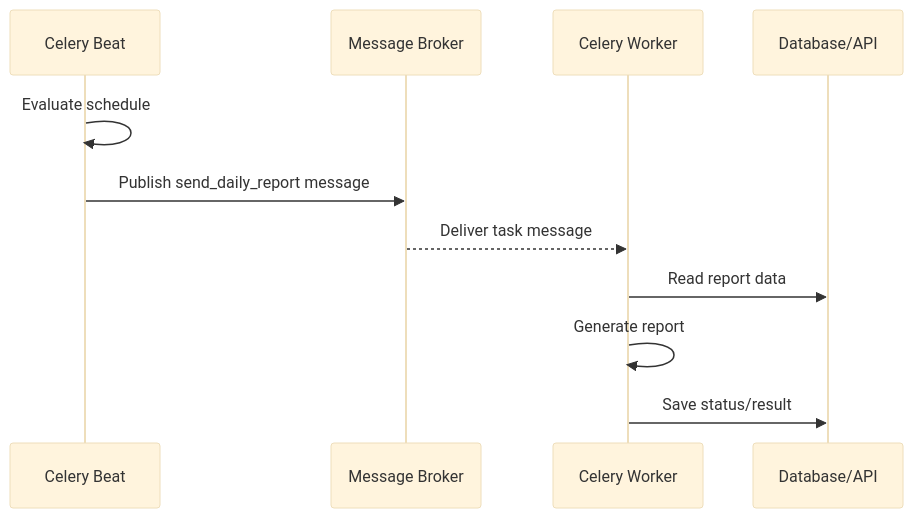
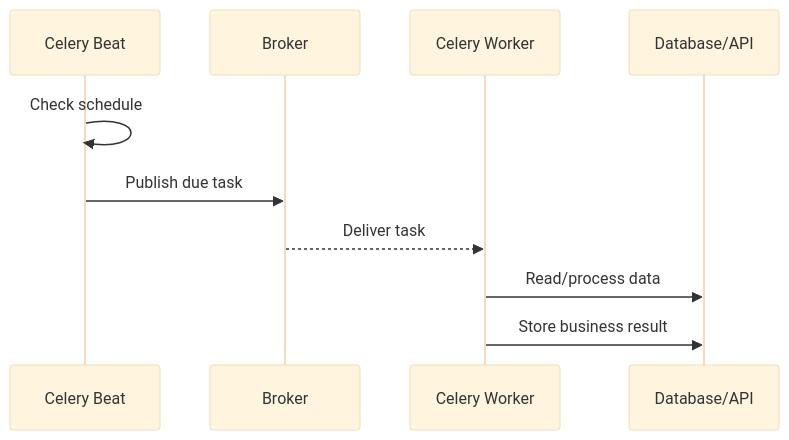
The second of 4 diagrams in src/content/task-processing/celery-beat-periodic-tasks.md (AvadhBhalodiya/Interview-Preparation), drawn with Mermaid (base theme) before and after one commit. The commit also changed other lines of this file and 80 other files, not shown here.

````diff
--- a/src/content/task-processing/celery-beat-periodic-tasks.md
+++ b/src/content/task-processing/celery-beat-periodic-tasks.md
@@ -145,14 +75,13 @@
 ```mermaid
 sequenceDiagram
     participant Beat as Celery Beat
-    participant Broker as Message Broker
+    participant Broker as Broker
     participant Worker as Celery Worker
     participant DB as Database/API
 
-    Beat->>Beat: Evaluate schedule
-    Beat->>Broker: Publish send_daily_report message
-    Broker-->>Worker: Deliver task message
-    Worker->>DB: Read report data
-    Worker->>Worker: Generate report
-    Worker->>DB: Save status/result
+    Beat->>Beat: Check schedule
+    Beat->>Broker: Publish due task
+    Broker-->>Worker: Deliver task
+    Worker->>DB: Read/process data
+    Worker->>DB: Store business result
 ```
````
